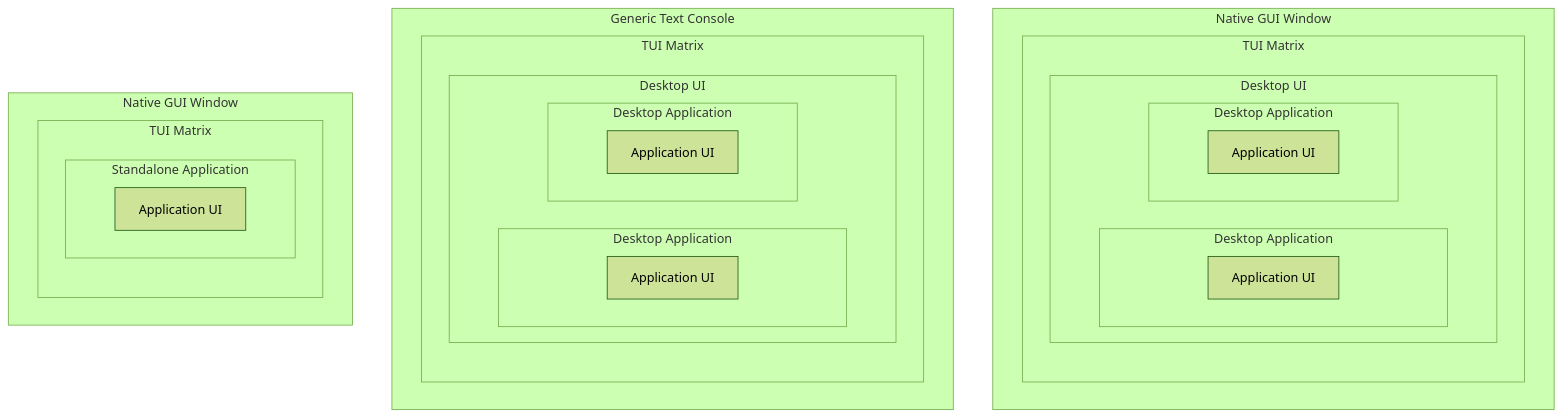
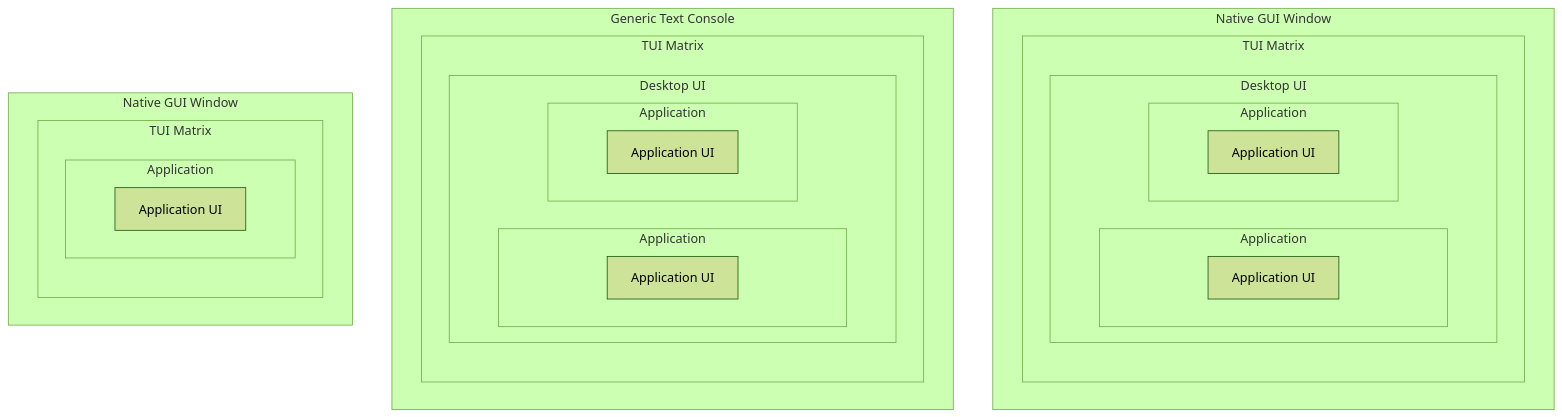
The first of 2 diagrams in doc/architecture.md (directvt/vtm), drawn with Mermaid (forest theme) before and after one commit.

````diff
--- a/doc/architecture.md
+++ b/doc/architecture.md
@@ -36,41 +36,41 @@
 ```mermaid
 graph TB
   subgraph GUI[Native GUI Window]
     subgraph TUI[TUI Matrix]
       subgraph DESK[Desktop UI]
         direction LR
-        subgraph APP1[Desktop Application]
+        subgraph APP1[Application]
           direction LR
           App1[Application UI]
         end
-        subgraph APP2[Desktop Application]
+        subgraph APP2[Application]
           direction LR
           App2[Application UI]
         end
       end
     end
   end
   subgraph GUI2[Generic Text Console]
     subgraph TUI2[TUI Matrix]
       subgraph DESK2[Desktop UI]
         direction LR
-        subgraph APP21[Desktop Application]
+        subgraph APP21[Application]
           direction LR
           App21[Application UI]
         end
-        subgraph APP22[Desktop Application]
+        subgraph APP22[Application]
           direction LR
           App22[Application UI]
         end
       end
     end
   end
   subgraph GUI3[Native GUI Window]
     subgraph TUI3[TUI Matrix]
-      subgraph APP33[Standalone Application]
+      subgraph APP33[Application]
         direction LR
         App33[Application UI]
       end
     end
   end
 ```
````
